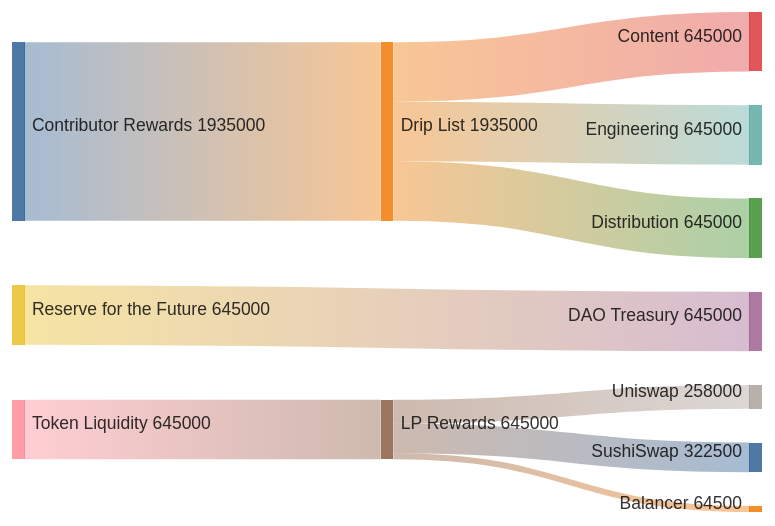
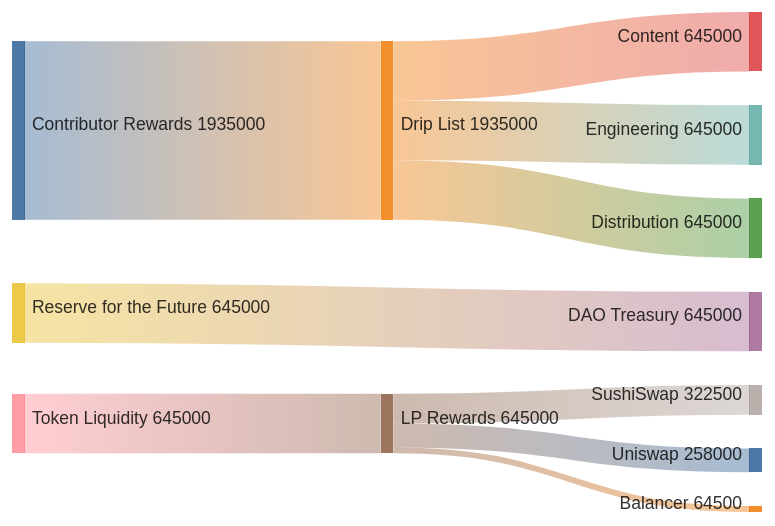
Before and after one commit to elimu-ai/web3-wiki: the fourth of 4 diagrams in TOKENOMICS.md, drawn with Mermaid. The commit also changed other lines of this file, not shown here.

````diff
--- a/TOKENOMICS.md
+++ b/TOKENOMICS.md
@@ -80,14 +80,14 @@
 ```mermaid
 sankey-beta
 
 %% source,target,value
 Contributor Rewards,Drip List,1935000
 Drip List,Content,645000
 Drip List,Engineering,645000
 Drip List,Distribution,645000
 Reserve for the Future,DAO Treasury,645000
 Token Liquidity,LP Rewards,645000
+LP Rewards,SushiSwap,322500
 LP Rewards,Uniswap,258000
-LP Rewards,SushiSwap,322500
 LP Rewards,Balancer,64500
 ```
````
